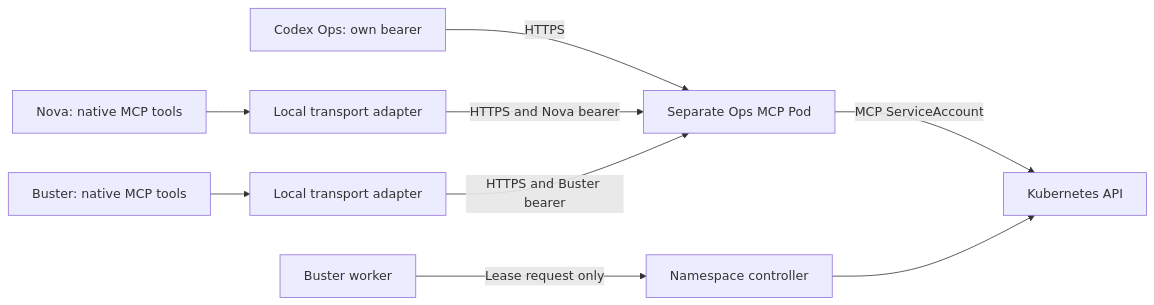
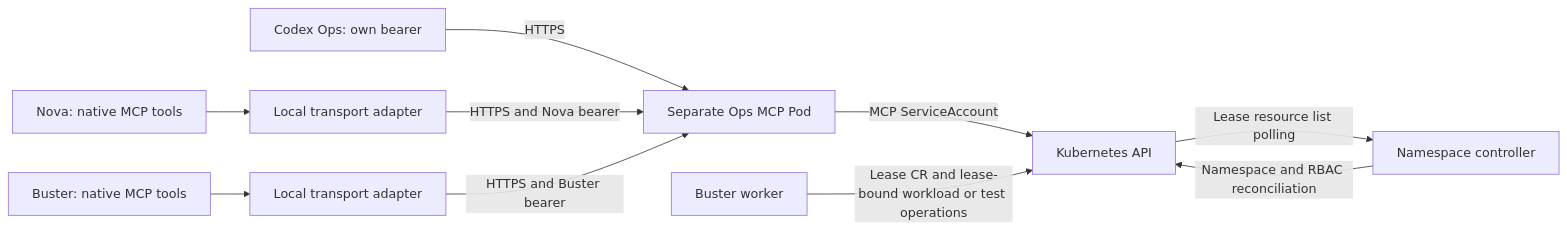
The diagram in docs/site/understand/ops-mcp.md (datrab/kubeclaw), drawn with Mermaid before and after one commit. The commit also changed other lines of this file and 99 other files, not shown here.

````diff
--- a/docs/site/understand/ops-mcp.md
+++ b/docs/site/understand/ops-mcp.md
@@ -52,11 +55,12 @@
 ```mermaid
 flowchart LR
   Codex[Codex Ops: own bearer] -->|HTTPS| MCP[Separate Ops MCP Pod]
   Nova[Nova: native MCP tools] --> AdapterN[Local transport adapter]
   Buster[Buster: native MCP tools] --> AdapterB[Local transport adapter]
   AdapterN -->|HTTPS and Nova bearer| MCP
   AdapterB -->|HTTPS and Buster bearer| MCP
   MCP -->|MCP ServiceAccount| API[Kubernetes API]
-  Worker[Buster worker] -->|Lease request only| Controller[Namespace controller]
-  Controller --> API
+  Worker[Buster worker] -->|Lease CR and lease-bound workload or test operations| API
+  API -->|Lease resource list polling| Controller[Namespace controller]
+  Controller -->|Namespace and RBAC reconciliation| API
 ```
````
